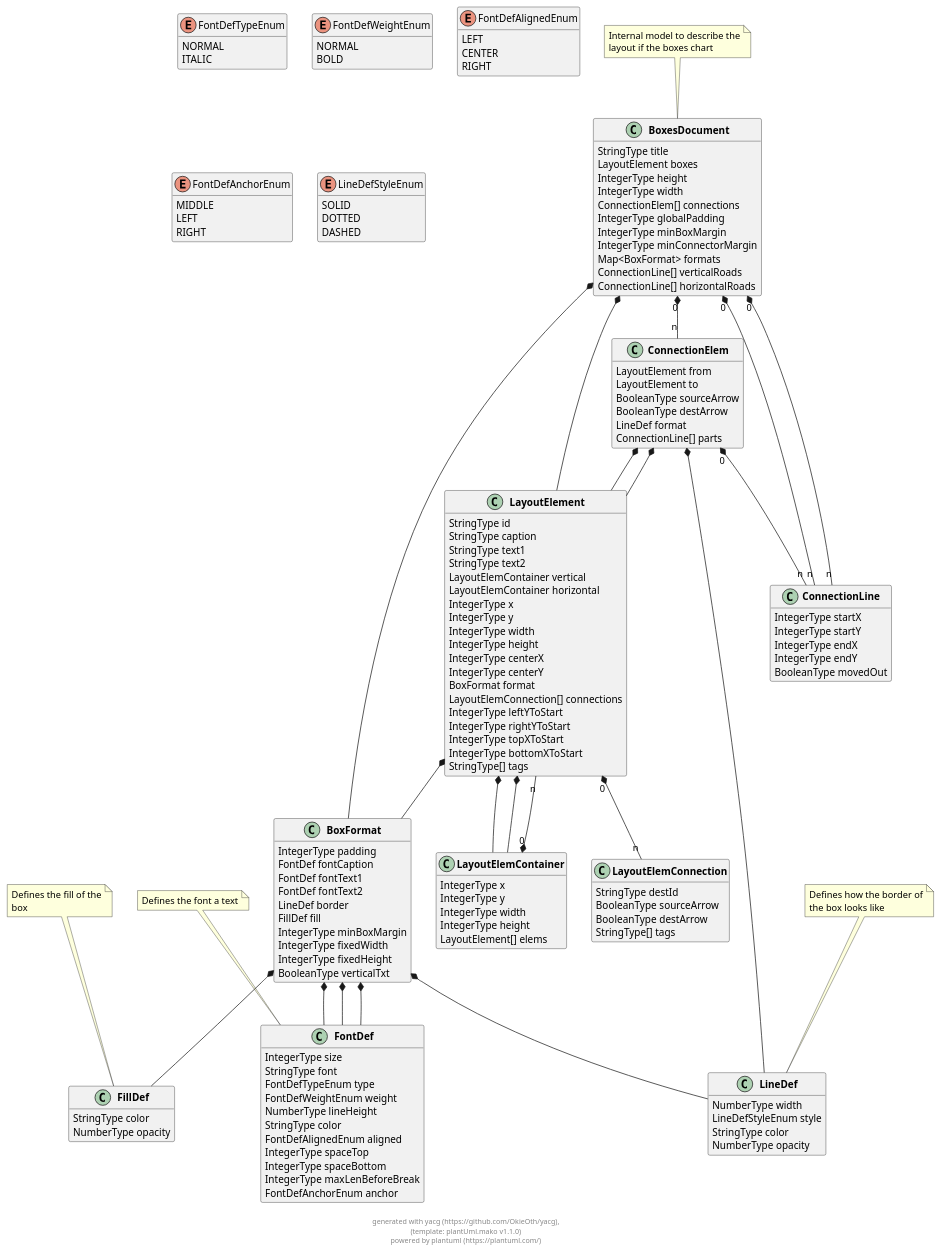
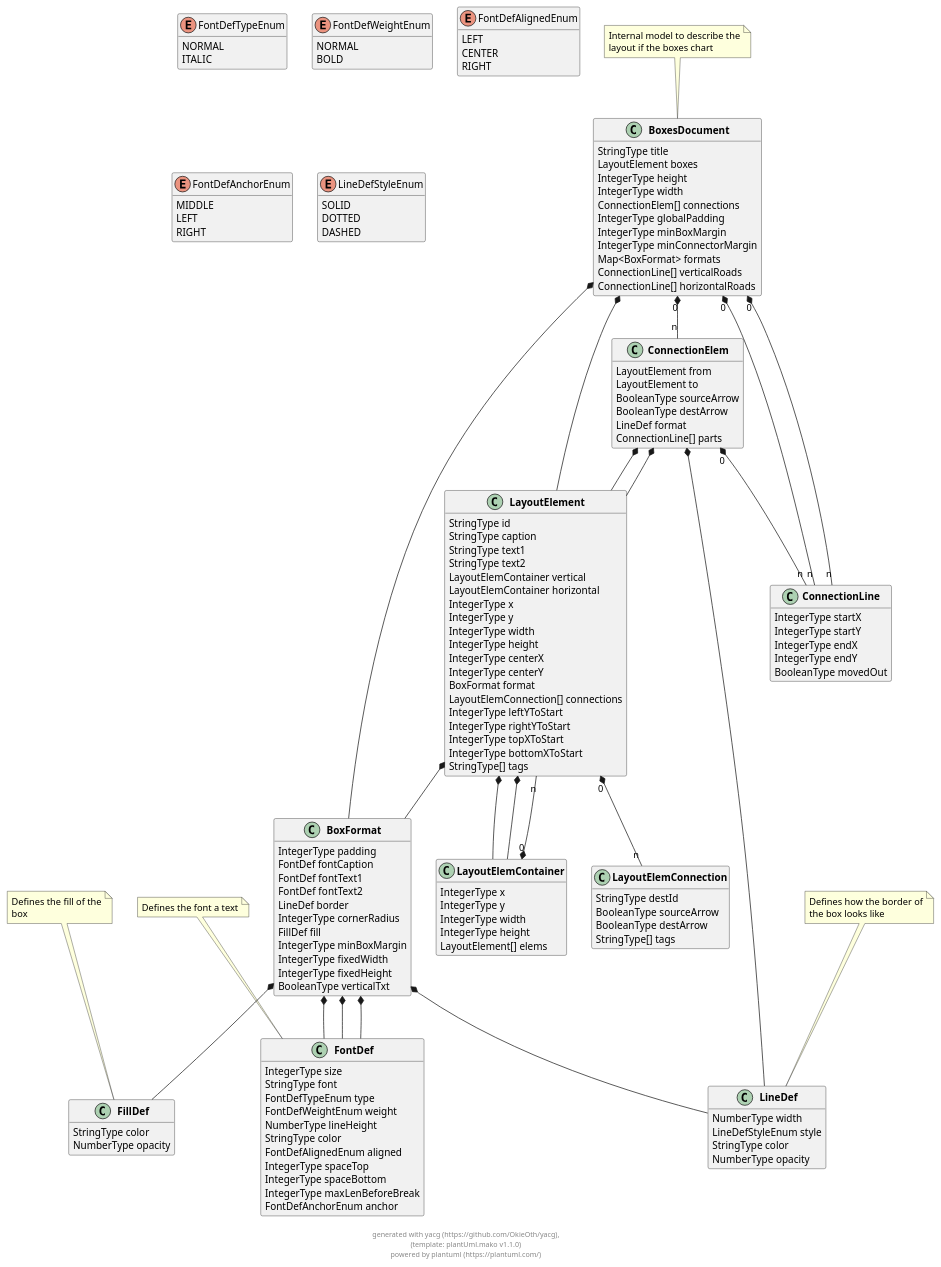
One commit to OkieOth/draw.chart.things changed the diagram in docs/models/puml/boxes_document.puml. Above: the diagram before and after it, drawn with PlantUML. The commit also changed 13 other files, not shown here.

```diff
--- a/docs/models/puml/boxes_document.puml
+++ b/docs/models/puml/boxes_document.puml
@@ -63,6 +63,7 @@
         FontDef fontText1
         FontDef fontText2
         LineDef border
+        IntegerType cornerRadius
         FillDef fill
         IntegerType minBoxMargin
         IntegerType fixedWidth
@@ -228,6 +229,7 @@
 
 BoxFormat  *--  LineDef
 
+
 BoxFormat  *--  FillDef
 
 
```
